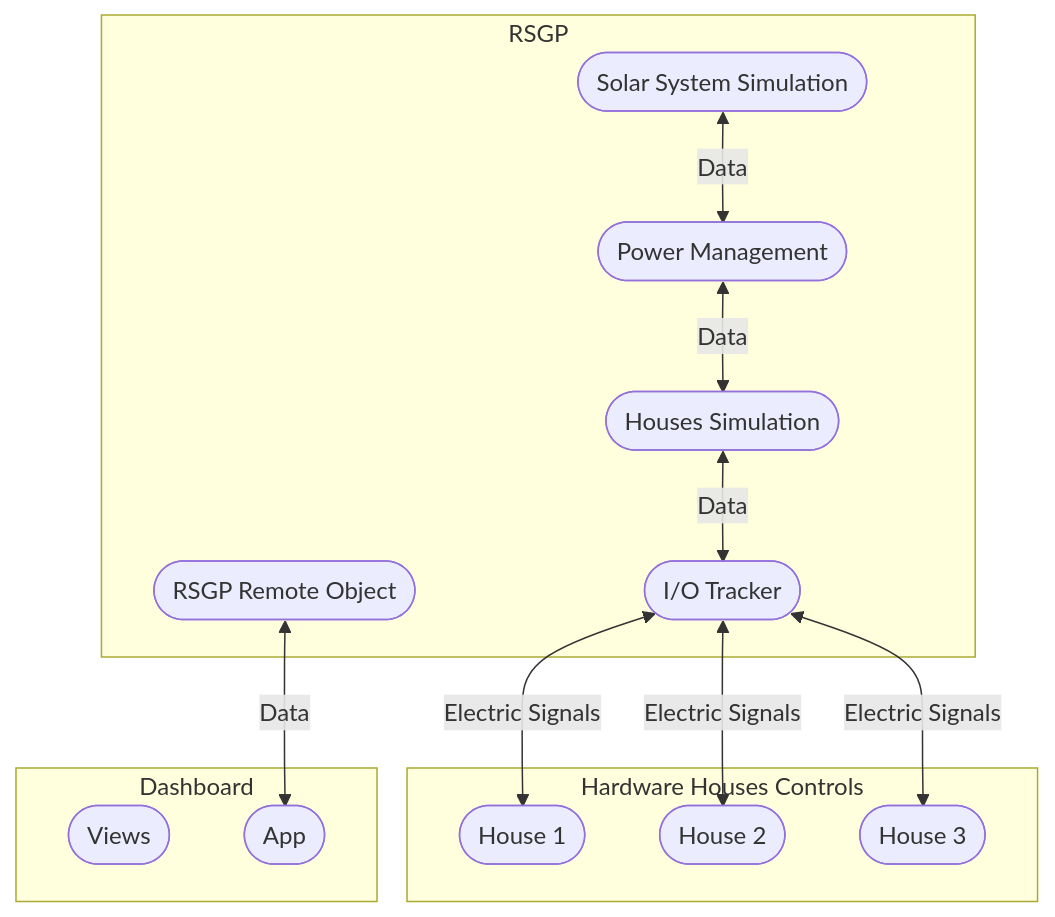
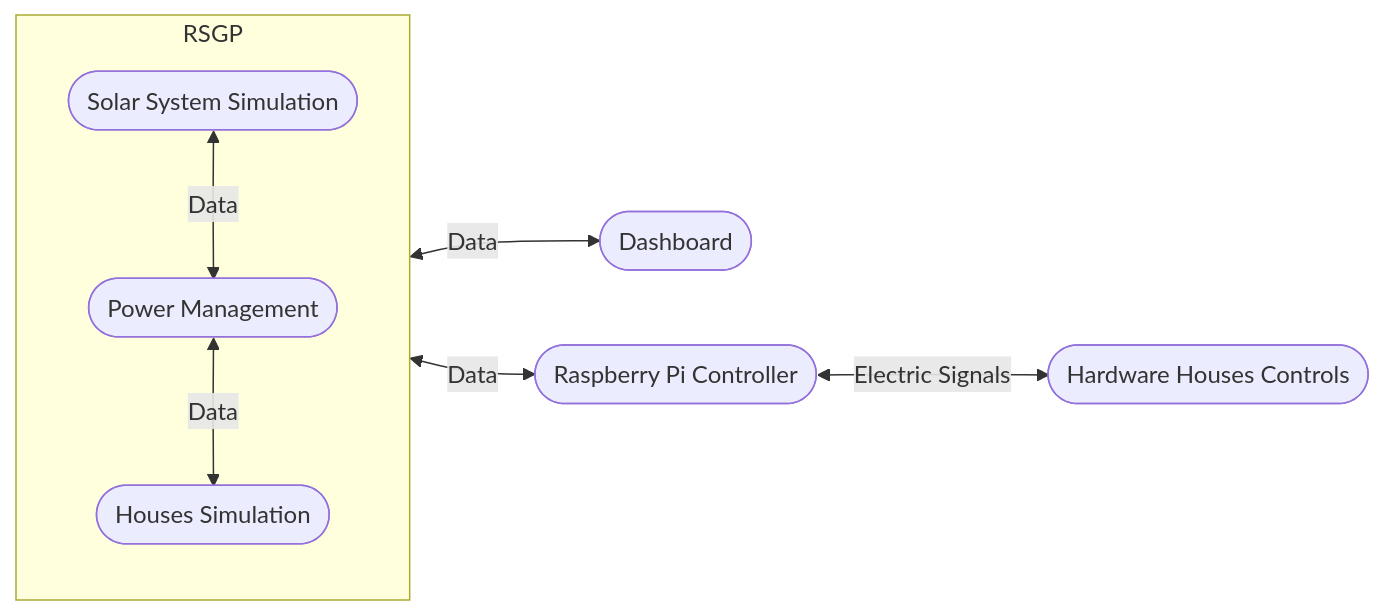
One commit to ezAldinWaez/residential-smart-grid-prototype changed the first of 2 diagrams in README.md. Above: the diagram before and after it, drawn with Mermaid. The commit also changed other lines of this file, not shown here.

````diff
--- a/README.md
+++ b/README.md
@@ -30,26 +30,15 @@
 ```mermaid
-graph TB
-
-  subgraph HHC[Hardware Houses Controls]
-    HHC_H1([House 1])
-    HHC_H2([House 2])
-    HHC_H3([House 3])
-  end
-
+graph LR
   subgraph RSGP[RSGP]
     RSGP_SSS([Solar System Simulation])
     RSGP_PM([Power Management])
     RSGP_HS([Houses Simulation])
-    RSGP_IOT([I/O Tracker])
-    RSGP_RO([RSGP Remote Object])
   end
-
-  subgraph D[Dashboard]
-    D_V([Views])
-    D_A([App])
-  end
+  D([Dashboard])
+  RC([Raspberry Pi Controller])
+  HHC([Hardware Houses Controls])
 
   RSGP_SSS <--Data--> RSGP_PM <--Data--> RSGP_HS
-  RSGP_HS <--Data--> RSGP_IOT <--Electric Signals--> HHC_H1 & HHC_H2 & HHC_H3
-  RSGP_RO <--Data--> D_A
+  RSGP <--Data--> D & RC
+  RC <--Electric Signals--> HHC
 ```
````
